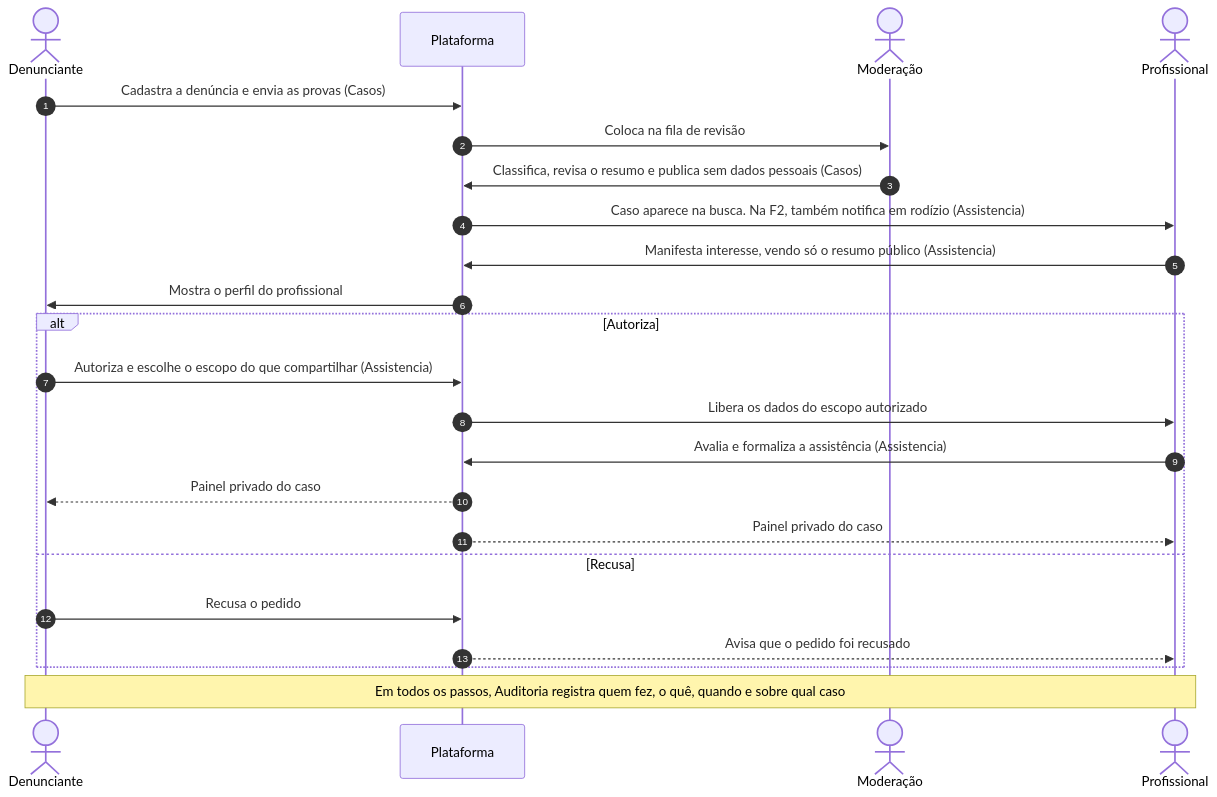
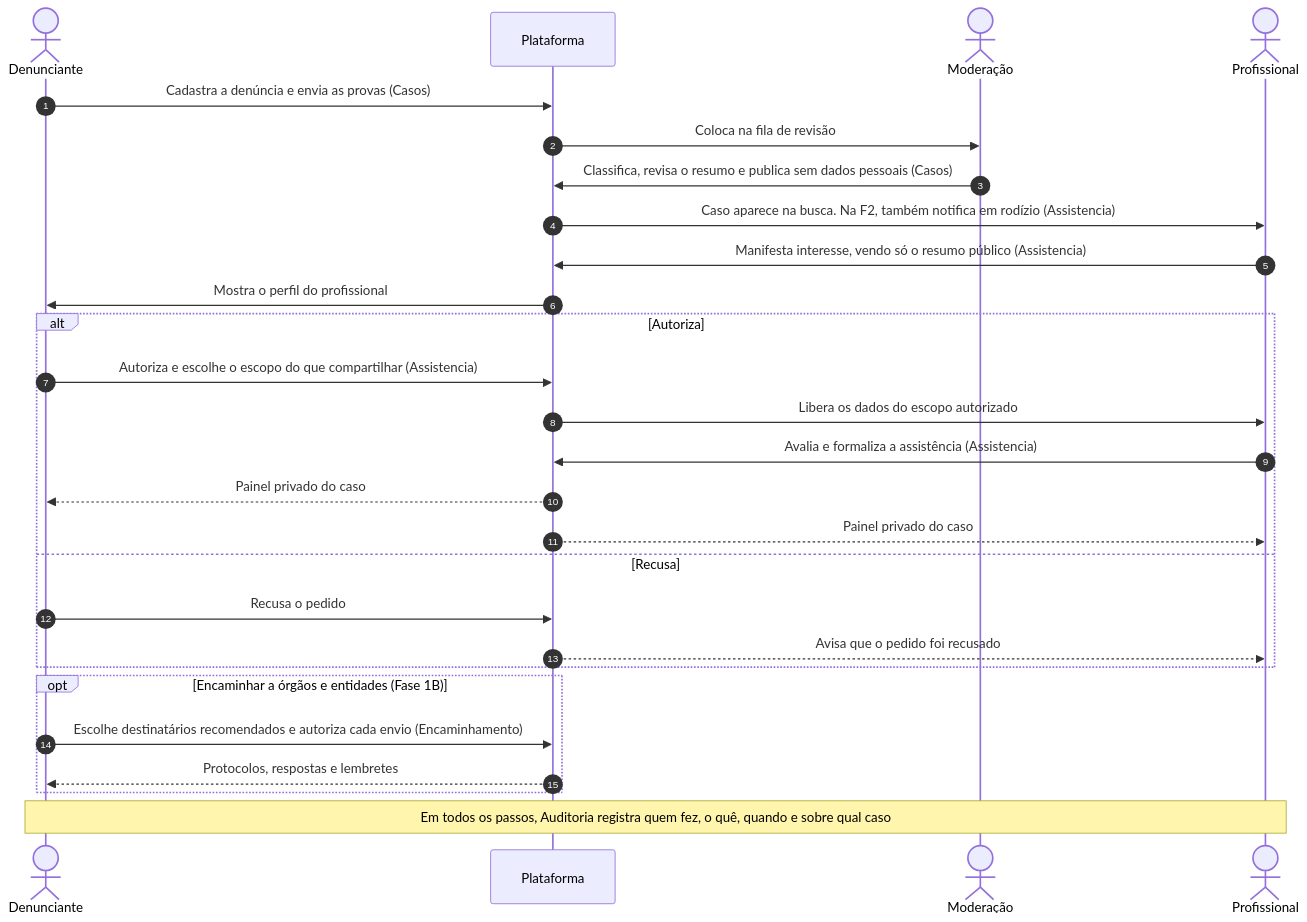
The diagram in docs/arquitetura/02-fluxo-do-caso.md (thiagomota456/denunciar-um-abuso-politico), drawn with Mermaid before and after one commit. The commit also changed other lines of this file and 17 other files, not shown here.

First line of the commit message:
Adiciona encaminhamento de denúncias a órgãos e entidades

````diff
--- a/docs/arquitetura/02-fluxo-do-caso.md
+++ b/docs/arquitetura/02-fluxo-do-caso.md
@@ -7,27 +9,32 @@
 ```mermaid
 sequenceDiagram
     autonumber
     actor D as Denunciante
     participant P as Plataforma
     actor M as Moderação
     actor A as Profissional
 
     D->>P: Cadastra a denúncia e envia as provas (Casos)
     P->>M: Coloca na fila de revisão
     M->>P: Classifica, revisa o resumo e publica sem dados pessoais (Casos)
     P->>A: Caso aparece na busca. Na F2, também notifica em rodízio (Assistencia)
     A->>P: Manifesta interesse, vendo só o resumo público (Assistencia)
     P->>D: Mostra o perfil do profissional
     alt Autoriza
         D->>P: Autoriza e escolhe o escopo do que compartilhar (Assistencia)
         P->>A: Libera os dados do escopo autorizado
         A->>P: Avalia e formaliza a assistência (Assistencia)
         P-->>D: Painel privado do caso
         P-->>A: Painel privado do caso
     else Recusa
         D->>P: Recusa o pedido
         P-->>A: Avisa que o pedido foi recusado
     end
 
+    opt Encaminhar a órgãos e entidades (Fase 1B)
+        D->>P: Escolhe destinatários recomendados e autoriza cada envio (Encaminhamento)
+        P-->>D: Protocolos, respostas e lembretes
+    end
+
     Note over D,A: Em todos os passos, Auditoria registra quem fez, o quê, quando e sobre qual caso
 ```
````
